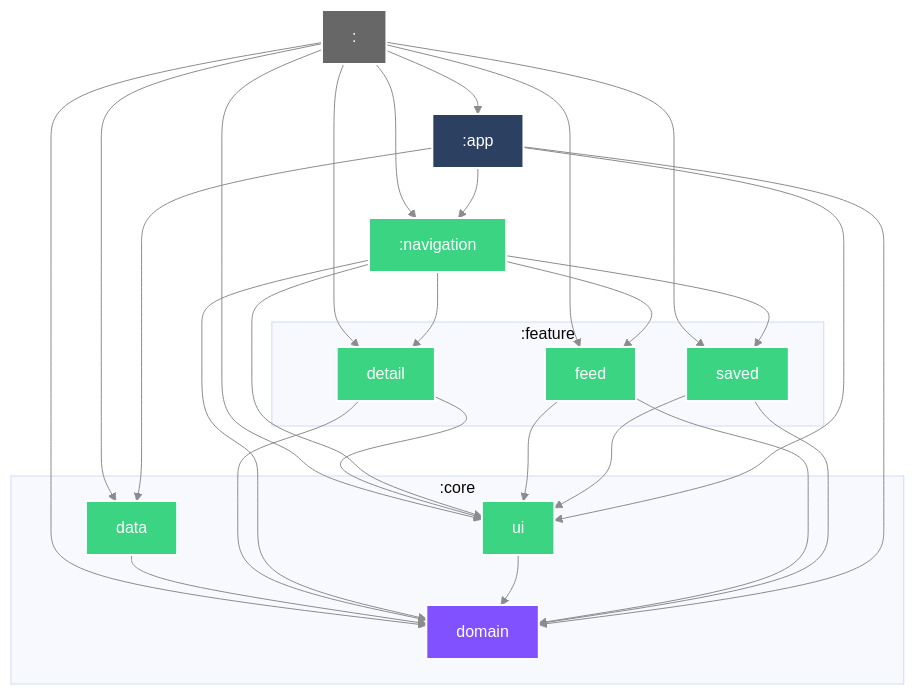
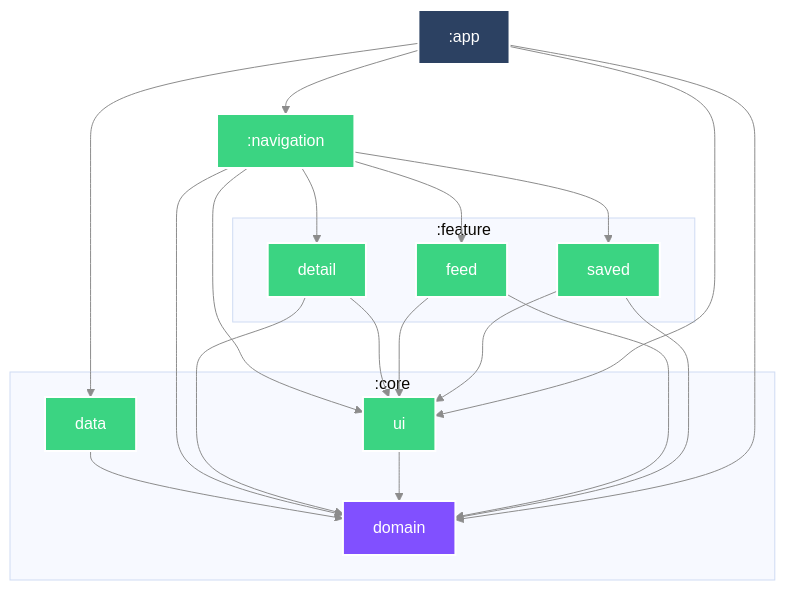
One commit to Mett-Barr/Mosaic changed the first of 2 diagrams in README.md. Above: the diagram before and after it, drawn with Mermaid. The commit also changed 1 other file, not shown here.

Commit message:
build: keep the module graph about architecture, not about coverage
Kover aggregates by declaring the root project a consumer of every module, so
the generated diagram grew a root node with eight edges out of it. The picture
was accurate about Gradle and wrong about the thing people read it for: nobody
opening a module graph wants to know where coverage is collected, and a node
that means "this is where reports are assembled" sitting among nodes that mean
"this is a layer" makes the reader work out which kind each one is.

Excluding the configuration is better than accepting the node, because the node
was never a fact about the architecture -- it appeared the day coverage was
wired up and it would disappear the day coverage moved.

This also fixes CI, which has been red since Kover landed: the workflow runs
createModuleGraph and then git diff --exit-code on README.md, and the graph in
the file predated the root node. That went unnoticed because the failure is in a
step nobody reads when the build itself is green.

````diff
--- a/README.md
+++ b/README.md
@@ -40,60 +40,50 @@
 ```mermaid
 %%{
   init: {
     'theme': 'base',
     'themeVariables': {"lineColor":"#8C8C8C"}
   }
 }%%
 
 graph TB
   subgraph :core
+    :core:data["data"]
     :core:domain["domain"]
-    :core:data["data"]
     :core:ui["ui"]
   end
   subgraph :feature
     :feature:feed["feed"]
     :feature:detail["detail"]
     :feature:saved["saved"]
   end
-  : --> :core:domain
-  : --> :core:data
-  : --> :core:ui
-  : --> :feature:feed
-  : --> :feature:detail
-  : --> :feature:saved
-  : --> :navigation
-  : --> :app
   :core:data --> :core:domain
-  :feature:detail --> :core:domain
-  :feature:detail --> :core:ui
   :navigation --> :feature:feed
   :navigation --> :feature:detail
   :navigation --> :feature:saved
   :navigation --> :core:domain
   :navigation --> :core:ui
+  :feature:detail --> :core:domain
+  :feature:detail --> :core:ui
   :core:ui --> :core:domain
   :feature:feed --> :core:domain
   :feature:feed --> :core:ui
   :feature:saved --> :core:domain
   :feature:saved --> :core:ui
   :app --> :core:data
   :app --> :core:domain
   :app --> :core:ui
   :app --> :navigation
 
-classDef unknown fill:#676767,stroke:#fff,stroke-width:2px,color:#fff;
+classDef android-library fill:#3BD482,stroke:#fff,stroke-width:2px,color:#fff;
 classDef kotlin-jvm fill:#8150FF,stroke:#fff,stroke-width:2px,color:#fff;
-classDef android-library fill:#3BD482,stroke:#fff,stroke-width:2px,color:#fff;
 classDef android-application fill:#2C4162,stroke:#fff,stroke-width:2px,color:#fff;
-class : unknown
+class :core:data android-library
 class :core:domain kotlin-jvm
-class :core:data android-library
-class :core:ui android-library
+class :navigation android-library
 class :feature:feed android-library
 class :feature:detail android-library
 class :feature:saved android-library
-class :navigation android-library
+class :core:ui android-library
 class :app android-application
 
 ```
````
